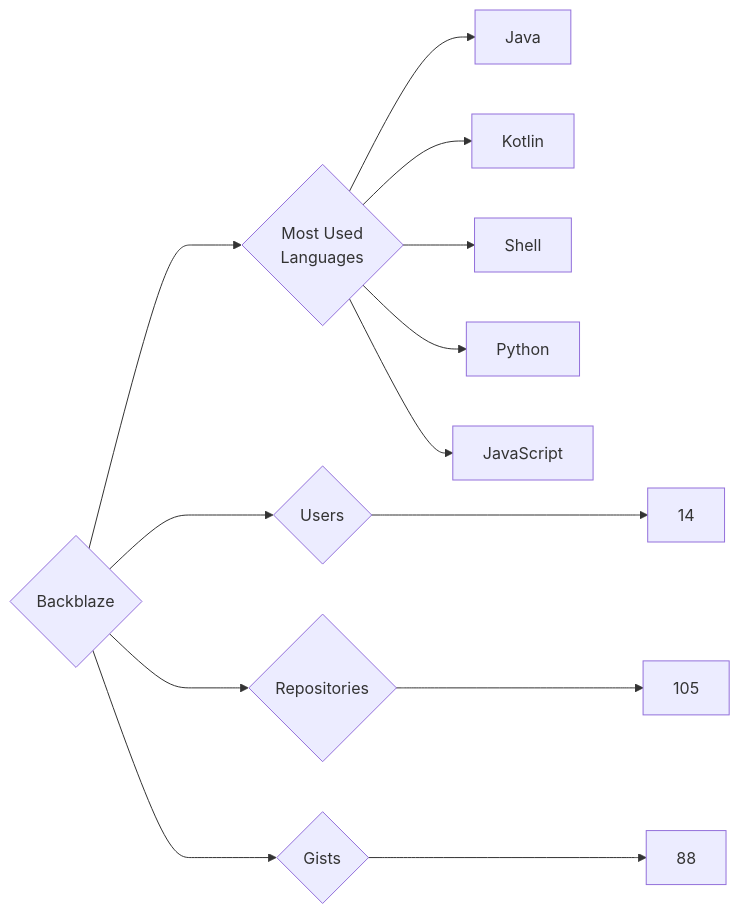
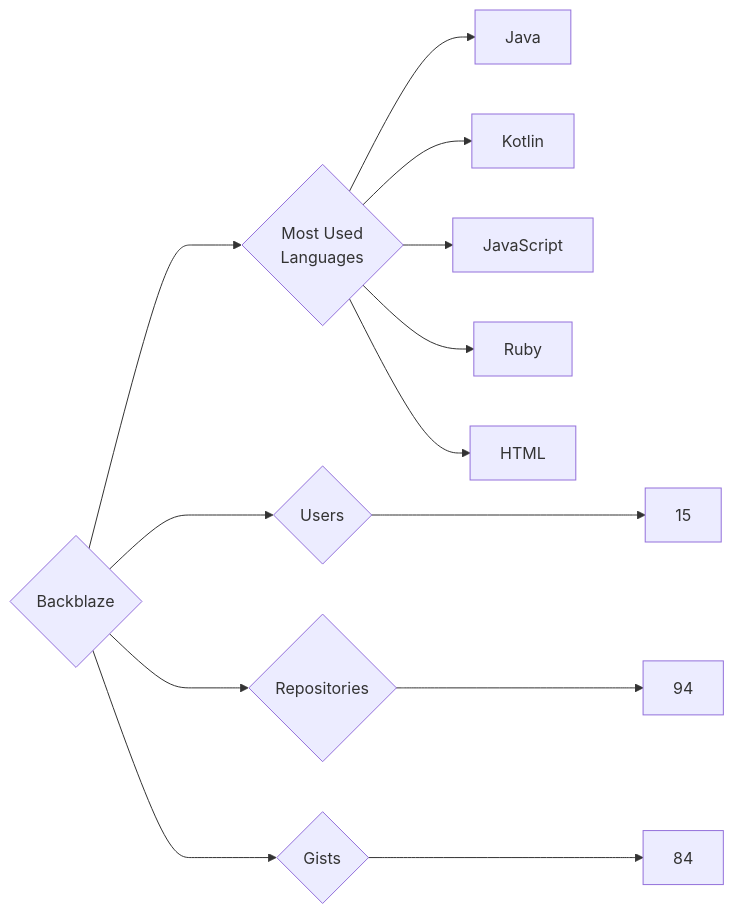
Before and after one commit to trickest/insiders: the diagram in targets/Backblaze/README.md, drawn with Mermaid. The commit also changed 748 other files, not shown here.

````diff
--- a/targets/Backblaze/README.md
+++ b/targets/Backblaze/README.md
@@ -3,13 +3,13 @@
 ```mermaid
 graph LR
 COMPANY_NAME{Backblaze}
-COMPANY_NAME ---> U{Users} ---> UN[14]
-COMPANY_NAME ---> R{Repositories} ---> RN[105]
-COMPANY_NAME ---> G{Gists} ---> GN[88]
+COMPANY_NAME ---> U{Users} ---> UN[15]
+COMPANY_NAME ---> R{Repositories} ---> RN[94]
+COMPANY_NAME ---> G{Gists} ---> GN[84]
 COMPANY_NAME ---> ML{Most Used<br>Languages}
 ML --> Java[Java]
 ML --> Kotlin[Kotlin]
-ML --> Shell[Shell]
-ML --> Python[Python]
 ML --> JavaScript[JavaScript]
+ML --> Ruby[Ruby]
+ML --> HTML[HTML]
 ```
````
